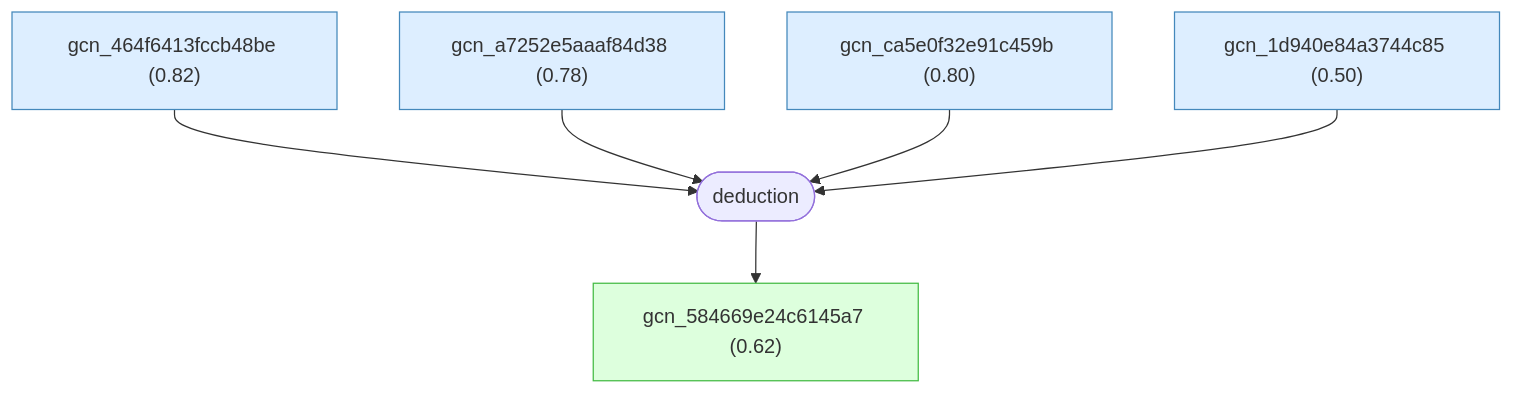
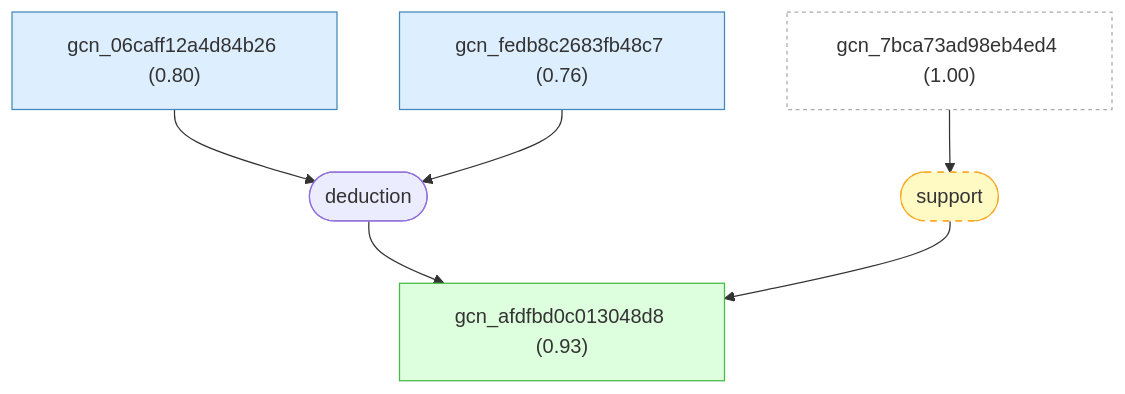
Before and after one commit to Callo42/tbg-magic-angle-gaia: the ninth of 10 diagrams in docs/detailed-reasoning.md, drawn with Mermaid. The commit also changed other lines of this file and 50 other files, not shown here.

First line of the commit message:
Regenerate TBG graph from connected root

````diff
--- a/docs/detailed-reasoning.md
+++ b/docs/detailed-reasoning.md
@@ -1350,24 +746,24 @@
 ```mermaid
 graph TD
-    gcn_464f6413fccb48be["gcn_464f6413fccb48be (0.82)"]:::premise
-    gcn_a7252e5aaaf84d38["gcn_a7252e5aaaf84d38 (0.78)"]:::premise
-    gcn_ca5e0f32e91c459b["gcn_ca5e0f32e91c459b (0.80)"]:::premise
-    gcn_1d940e84a3744c85["gcn_1d940e84a3744c85 (0.50)"]:::premise
-    gcn_584669e24c6145a7["gcn_584669e24c6145a7 (0.62)"]:::derived
-    strat_22(["deduction"])
-    gcn_464f6413fccb48be --> strat_22
-    gcn_a7252e5aaaf84d38 --> strat_22
-    gcn_ca5e0f32e91c459b --> strat_22
-    gcn_1d940e84a3744c85 --> strat_22
-    strat_22 --> gcn_584669e24c6145a7
+    gcn_7bca73ad98eb4ed4["gcn_7bca73ad98eb4ed4 (1.00)"]:::external
+    gcn_06caff12a4d84b26["gcn_06caff12a4d84b26 (0.80)"]:::premise
+    gcn_fedb8c2683fb48c7["gcn_fedb8c2683fb48c7 (0.76)"]:::premise
+    gcn_afdfbd0c013048d8["gcn_afdfbd0c013048d8 (0.93)"]:::derived
+    strat_8(["deduction"])
+    gcn_06caff12a4d84b26 --> strat_8
+    gcn_fedb8c2683fb48c7 --> strat_8
+    strat_8 --> gcn_afdfbd0c013048d8
+    strat_17(["support"]):::weak
+    gcn_7bca73ad98eb4ed4 --> strat_17
+    strat_17 --> gcn_afdfbd0c013048d8
 
     classDef setting fill:#f0f0f0,stroke:#999,color:#333
     classDef premise fill:#ddeeff,stroke:#4488bb,color:#333
     classDef derived fill:#ddffdd,stroke:#44bb44,color:#333
     classDef question fill:#fff3dd,stroke:#cc9944,color:#333
     classDef background fill:#f5f5f5,stroke:#bbb,stroke-dasharray: 5 5,color:#333
     classDef orphan fill:#fff,stroke:#ccc,stroke-dasharray: 5 5,color:#333
     classDef external fill:#fff,stroke:#aaa,stroke-dasharray: 3 3,color:#333
     classDef weak fill:#fff9c4,stroke:#f9a825,stroke-dasharray: 5 5,color:#333
     classDef contra fill:#ffebee,stroke:#c62828,color:#333
 ```
````
